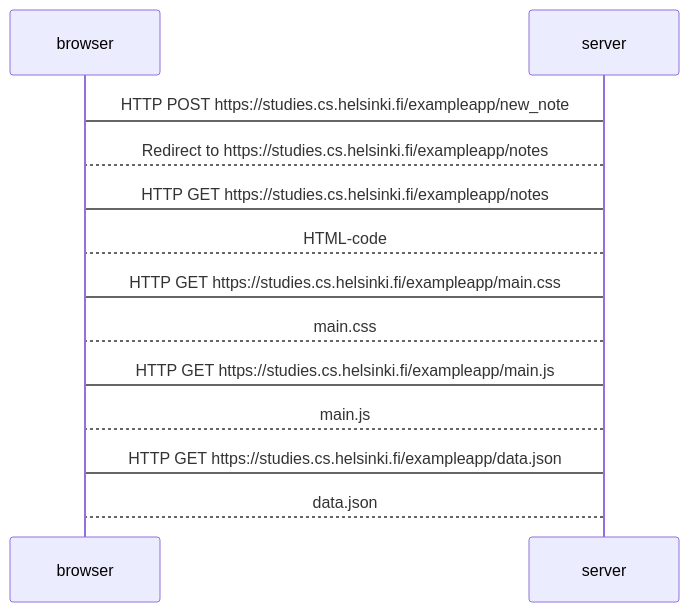
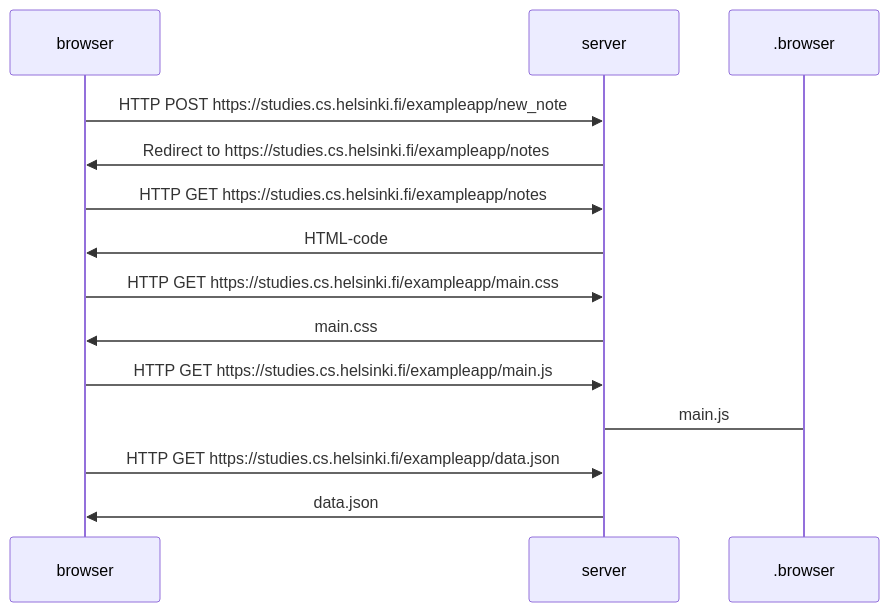
The diagram in Part0/New_Note_Diagram.md (H31YU/Full-Stack-Open-H31YU), drawn with Mermaid before and after one commit.

````diff
--- a/Part0/New_Note_Diagram.md
+++ b/Part0/New_Note_Diagram.md
@@ -2,13 +2,15 @@
 ```mermaid
 sequenceDiagram
-    browser->server: HTTP POST https://studies.cs.helsinki.fi/exampleapp/new_note
-    server-->browser: Redirect to https://studies.cs.helsinki.fi/exampleapp/notes
-    browser->server: HTTP GET https://studies.cs.helsinki.fi/exampleapp/notes
-    server-->browser: HTML-code
-    browser->server: HTTP GET https://studies.cs.helsinki.fi/exampleapp/main.css
-    server-->browser: main.css
-    browser->server: HTTP GET https://studies.cs.helsinki.fi/exampleapp/main.js
-    server-->browser: main.js
-    browser->server: HTTP GET https://studies.cs.helsinki.fi/exampleapp/data.json
-    server-->browser: data.json
+    participant browser
+    participant server
+    browser->>server: HTTP POST https://studies.cs.helsinki.fi/exampleapp/new_note
+    server->>browser: Redirect to https://studies.cs.helsinki.fi/exampleapp/notes
+    browser->>server: HTTP GET https://studies.cs.helsinki.fi/exampleapp/notes
+    server->>browser: HTML-code
+    browser->>server: HTTP GET https://studies.cs.helsinki.fi/exampleapp/main.css
+    server->>browser: main.css
+    browser->>server: HTTP GET https://studies.cs.helsinki.fi/exampleapp/main.js
+    server->.browser: main.js
+    browser->>server: HTTP GET https://studies.cs.helsinki.fi/exampleapp/data.json
+    server->>browser: data.json
 ```
````
